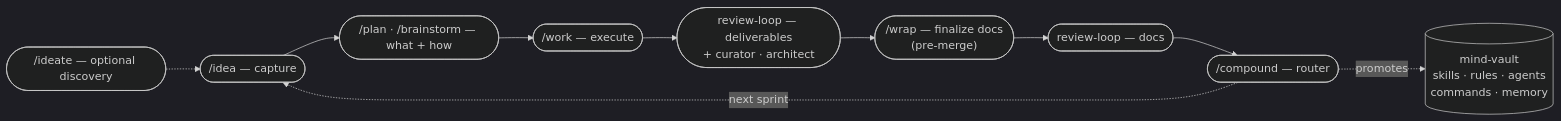
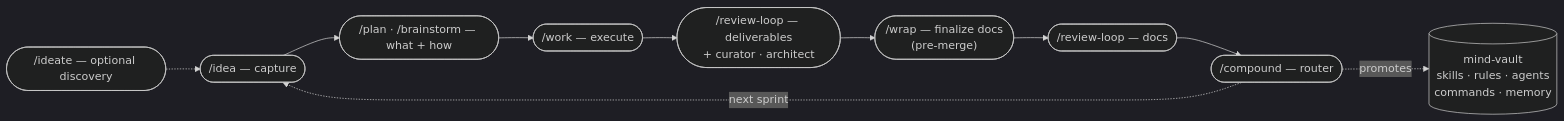
The diagram in docs/guides/SPRINT_WORKFLOW.md (infohata/mind-vault), drawn with Mermaid (dark theme) before and after one commit. The commit also changed 2 other files, not shown here.

Commit message:
fix(docs): address copilot review 4420268866 (PR #168)
Three Tier-1 mechanical doc findings from the docs-pass review:

- README.md: bare `references/engine-claude.md` pointer didn't resolve from
  the repo-root README → full `skills/review-loop/references/engine-claude.md`.
- docs/guides/SPRINT_WORKFLOW.md: mermaid `review-loop` nodes missing the
  leading `/` that every sibling stage node (and the README mermaid) carries.
- skills/wrap/references/README_CURRENCY.md: calendar fallback used GNU-only
  `date -d`; swapped to Python `datetime` per the engine-adapter-contract.md
  cross-platform convention.

````diff
--- a/docs/guides/SPRINT_WORKFLOW.md
+++ b/docs/guides/SPRINT_WORKFLOW.md
@@ -5,12 +5,12 @@
 ```mermaid
 flowchart LR
     I0(["/ideate — optional discovery"]) -.-> I1
     I1(["/idea — capture"]) --> P
     P(["/plan · /brainstorm — what + how"]) --> W
     W(["/work — execute"]) --> RD
-    RD(["review-loop — deliverables\n+ curator · architect"]) --> WR
+    RD(["/review-loop — deliverables\n+ curator · architect"]) --> WR
     WR(["/wrap — finalize docs\n(pre-merge)"]) --> RR
-    RR(["review-loop — docs"]) --> C
+    RR(["/review-loop — docs"]) --> C
     C(["/compound — router"]) -.promotes.-> V[("mind-vault\nskills · rules · agents\ncommands · memory")]
     C -.next sprint.-> I1
 ```
````
